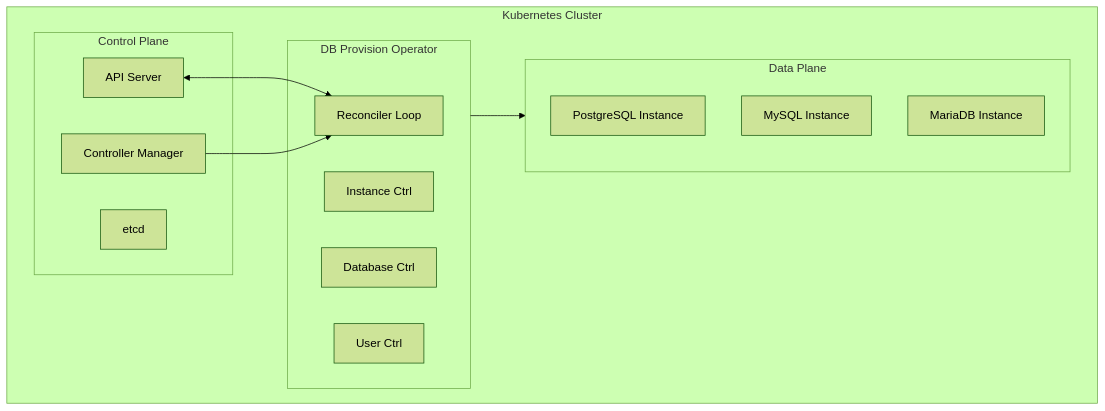
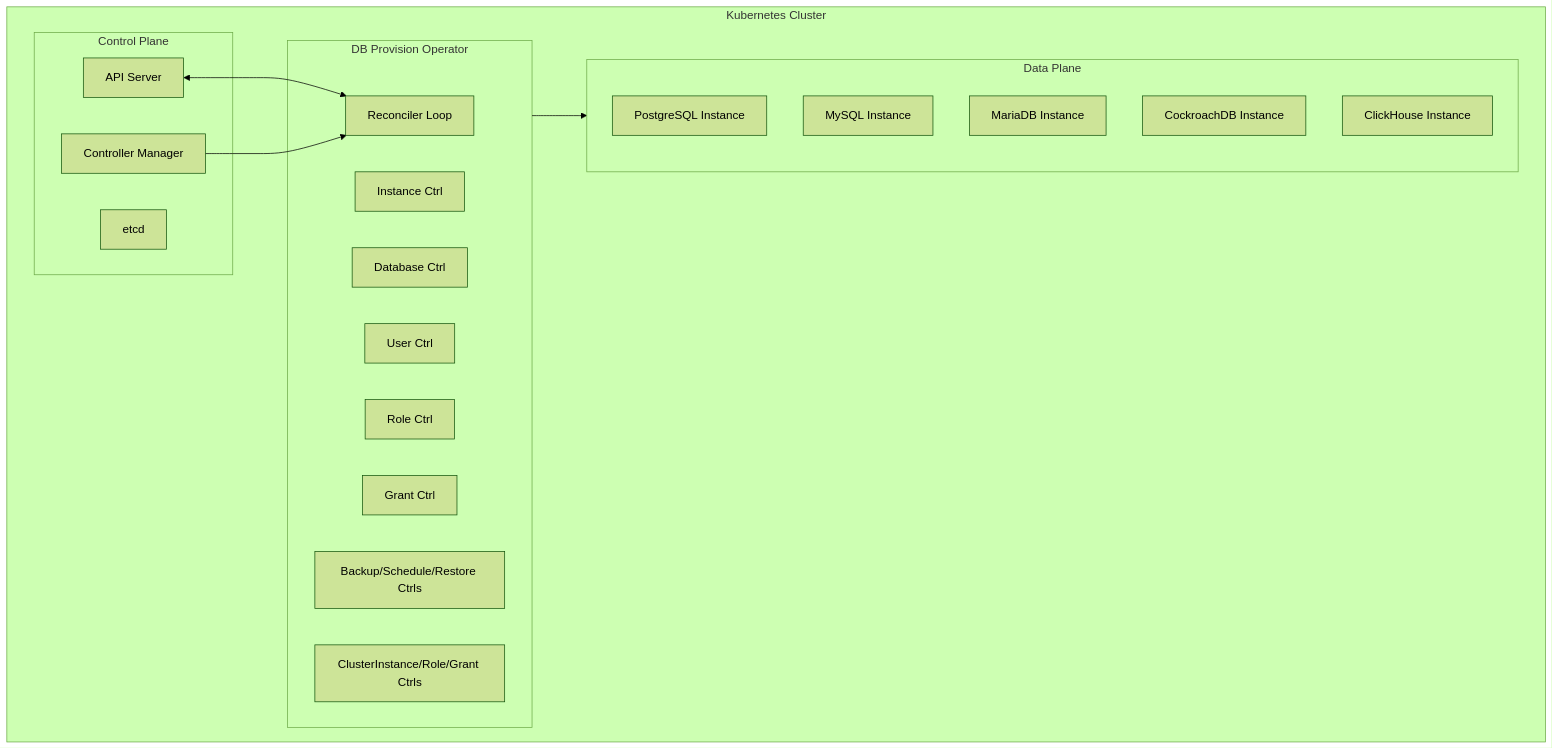
Before and after one commit to panteparak/db-provision-operator: the first of 3 diagrams in docs/architecture/index.md, drawn with Mermaid (forest theme). The commit also changed other lines of this file and 17 other files, not shown here.

````diff
--- a/docs/architecture/index.md
+++ b/docs/architecture/index.md
@@ -9,24 +9,30 @@
 ```mermaid
 graph TD
     subgraph K8s["Kubernetes Cluster"]
         subgraph CP["Control Plane"]
             API[API Server]
             ETCD[etcd]
             CM[Controller Manager]
         end
         subgraph OP["DB Provision Operator"]
             RL["Reconciler Loop"]
             IC[Instance Ctrl]
             DC[Database Ctrl]
             UC[User Ctrl]
+            RC[Role Ctrl]
+            GC[Grant Ctrl]
+            BC["Backup/Schedule/Restore Ctrls"]
+            CC["ClusterInstance/Role/Grant Ctrls"]
         end
         API <--> RL
         CM --> RL
         subgraph DP["Data Plane"]
             PG[PostgreSQL Instance]
             MY[MySQL Instance]
             MR[MariaDB Instance]
+            CR[CockroachDB Instance]
+            CH[ClickHouse Instance]
         end
     end
     OP --> DP
 ```
````
